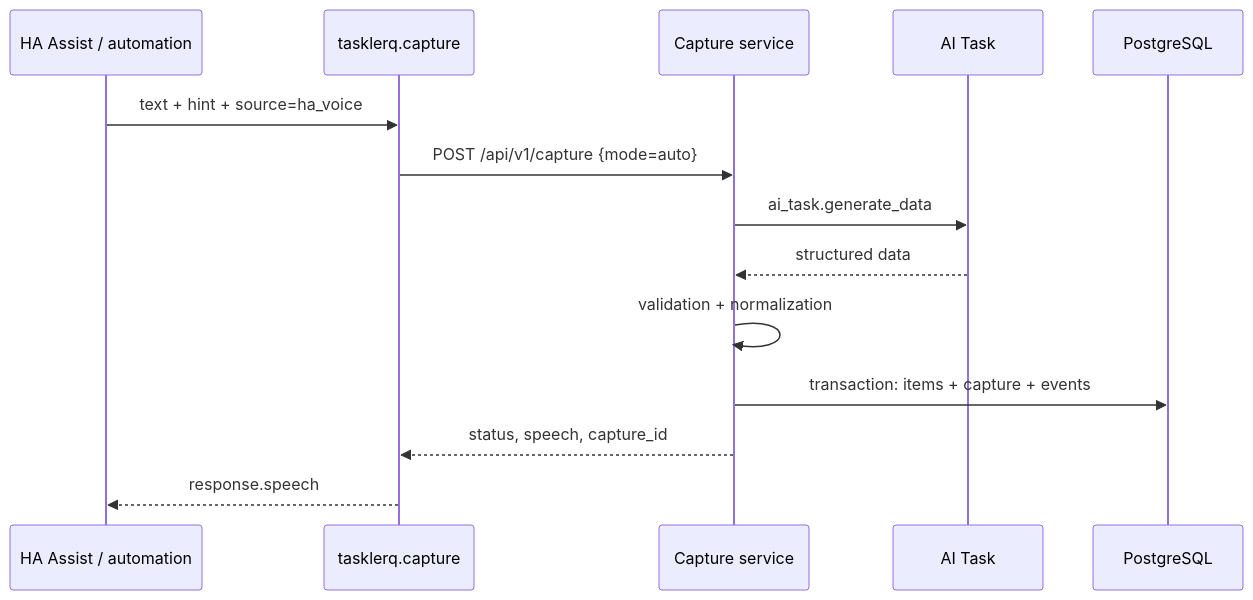
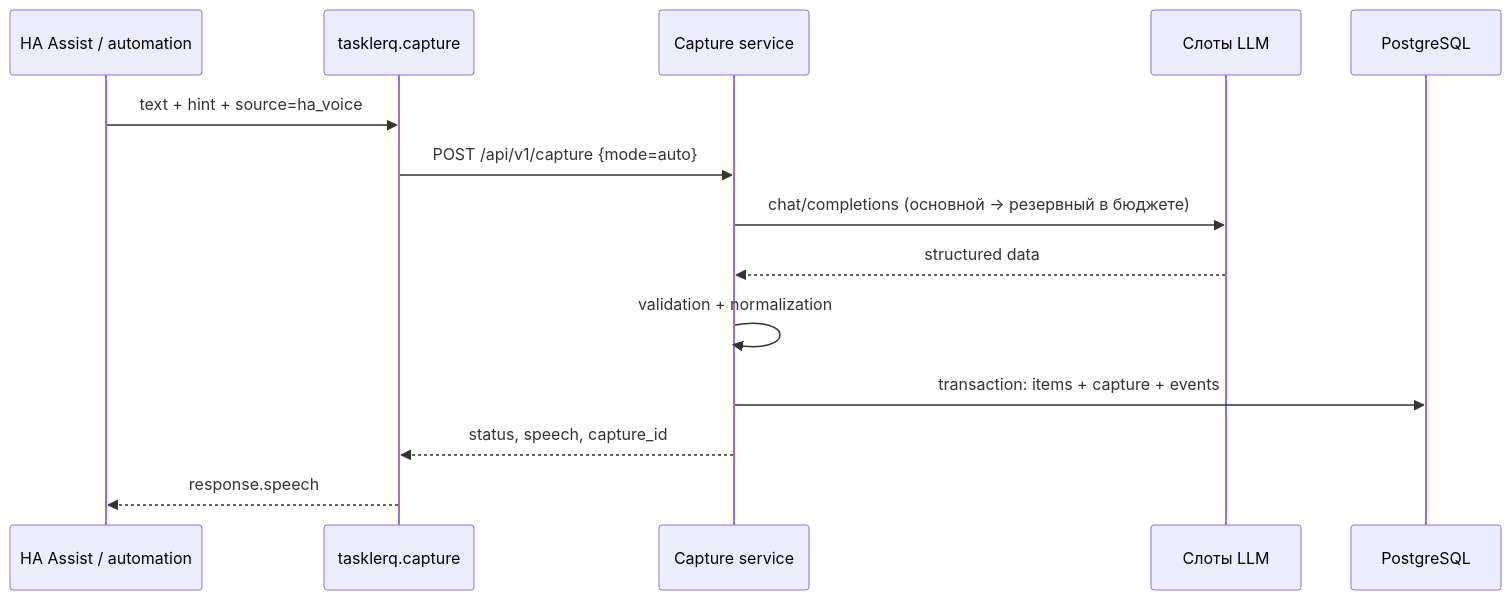
One commit to StellaLupus/tasklerq changed the fourth of 7 diagrams in docs/architecture.md. Above: the diagram before and after it, drawn with Mermaid. The commit also changed other lines of this file and 9 other files, not shown here.

````diff
--- a/docs/architecture.md
+++ b/docs/architecture.md
@@ -144,17 +142,17 @@
 ```mermaid
 sequenceDiagram
     participant A as HA Assist / automation
     participant S as tasklerq.capture
     participant C as Capture service
-    participant HA as AI Task
+    participant L as Слоты LLM
     participant DB as PostgreSQL
 
     A->>S: text + hint + source=ha_voice
     S->>C: POST /api/v1/capture {mode=auto}
-    C->>HA: ai_task.generate_data
-    HA-->>C: structured data
+    C->>L: chat/completions (основной → резервный в бюджете)
+    L-->>C: structured data
     C->>C: validation + normalization
     C->>DB: transaction: items + capture + events
     C-->>S: status, speech, capture_id
     S-->>A: response.speech
 ```
````
